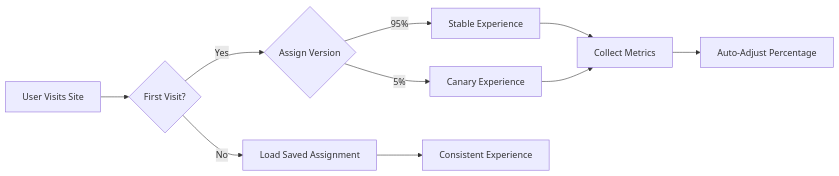
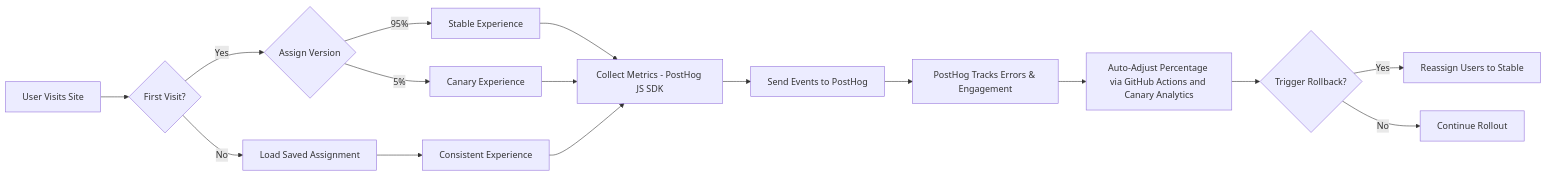
One commit to lloydchang/client-side-canary-deployment changed the first of 2 diagrams in README.md. Above: the diagram before and after it, drawn with Mermaid.

````diff
--- a/README.md
+++ b/README.md
@@ -17,12 +17,18 @@
 ```mermaid
 graph LR
     A[User Visits Site] --> B{First Visit?}
     B -->|Yes| C{Assign Version}
     B -->|No| D[Load Saved Assignment]
     C -->|95%| E[Stable Experience]
     C -->|5%| F[Canary Experience]
     D --> G[Consistent Experience]
-    E --> H[Collect Metrics]
+    E --> H["Collect Metrics - PostHog JS SDK"]
     F --> H
-    H --> I[Auto-Adjust Percentage]
+    G --> H
+    H --> J[Send Events to PostHog]
+    J --> K[PostHog Tracks Errors & Engagement]
+    K --> L[Auto-Adjust Percentage via GitHub Actions and Canary Analytics]
+    L --> M{Trigger Rollback?}
+    M -->|Yes| N[Reassign Users to Stable]
+    M -->|No| O[Continue Rollout]
 ```
````
